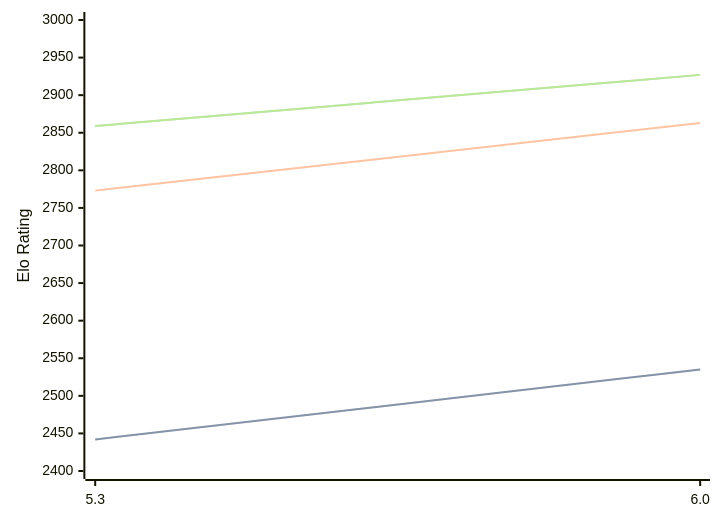
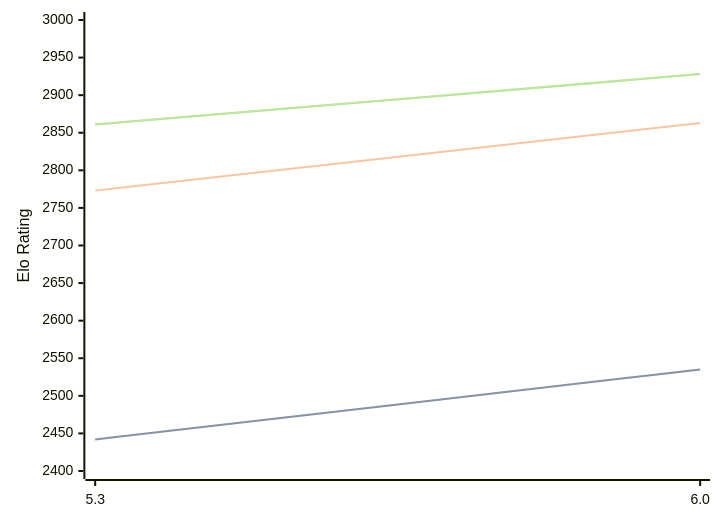
Before and after one commit to computer-chess-index/cci: the diagram in engines/tomitankChess.md, drawn with Mermaid. The commit also changed other lines of this file, not shown here.

Commit message:
Update CCI Ratings (ELO VLTC) - 2026-05-17

````diff
--- a/engines/tomitankChess.md
+++ b/engines/tomitankChess.md
@@ -40,11 +40,11 @@
 ```mermaid
 %%{init: {"theme":"base","themeVariables":{"seriesColors:['#a3a3a3','#222221','#faa371']}}}%%
 xychart-beta
   x-axis ["5.3", "6.0"]
   y-axis "Elo Rating" 2400 --> 3000
   line "STC (8.0+0.08s)" [2442, 2535]
   line "STC (8.0+0.08s)" [2442, 2535]
   line "LTC (60.0+0.60s)" [2773, 2863]
-  line "VLTC (2m24s+1.12s)" [2859, 2927]
-  line "VLTC (2m24s+1.12s)" [2859, 2927]
+  line "VLTC (2m24s+1.12s)" [2861, 2928]
+  line "VLTC (2m24s+1.12s)" [2861, 2928]
 ```
````
